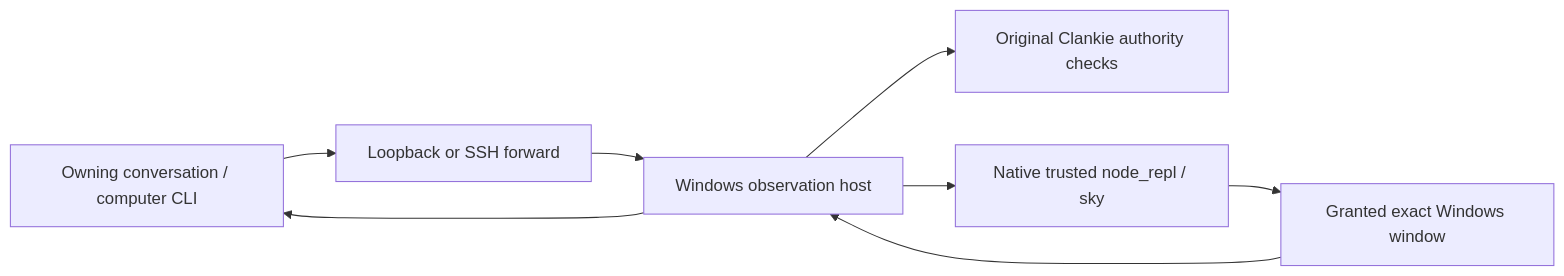
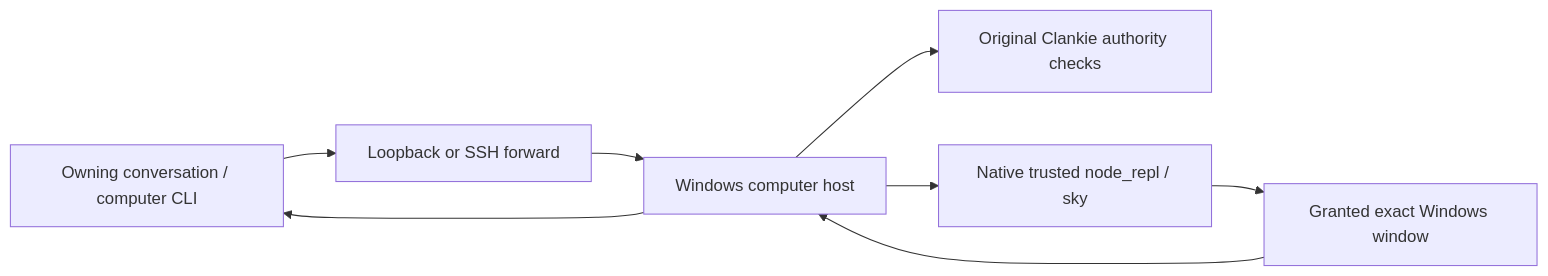
Before and after one commit to Volpestyle/clankie: the second of 2 diagrams in docs/desktop-control.md, drawn with Mermaid. The commit also changed other lines of this file and 9 other files, not shown here.

````diff
--- a/docs/desktop-control.md
+++ b/docs/desktop-control.md
@@ -213,10 +214,10 @@
 ```mermaid
 flowchart LR
   C[Owning conversation / computer CLI] --> F[Loopback or SSH forward]
-  F --> H[Windows observation host]
+  F --> H[Windows computer host]
   H --> A[Original Clankie authority checks]
   H --> S[Native trusted node_repl / sky]
   S --> W[Granted exact Windows window]
   W --> H
   H --> C
 ```
````
